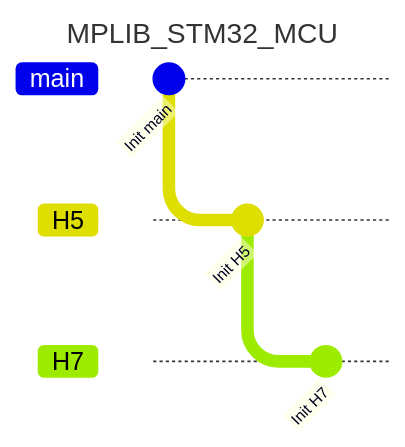
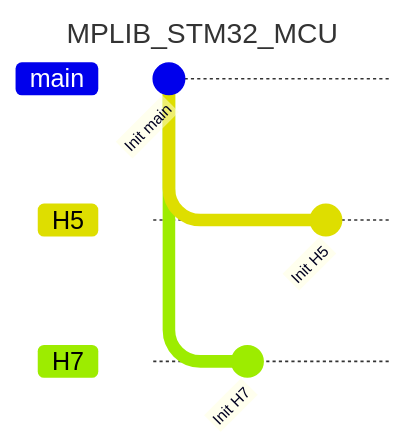
The second of 4 diagrams in README.md (packetqc/MPLIB), drawn with Mermaid before and after one commit.

````diff
--- a/README.md
+++ b/README.md
@@ -32,13 +32,12 @@
 ```mermaid
 ---
 title: MPLIB_STM32_MCU
 ---
 gitGraph
 commit id: "Init main"
 branch H5
+branch H7
+commit id: "Init H7"
 checkout H5
 commit id: "Init H5"
-branch H7
-checkout H7
-commit id: "Init H7"
 ```
````
